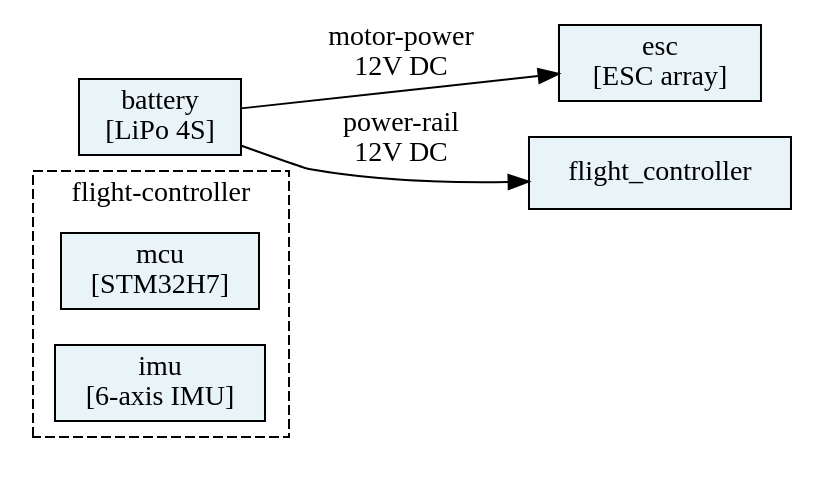
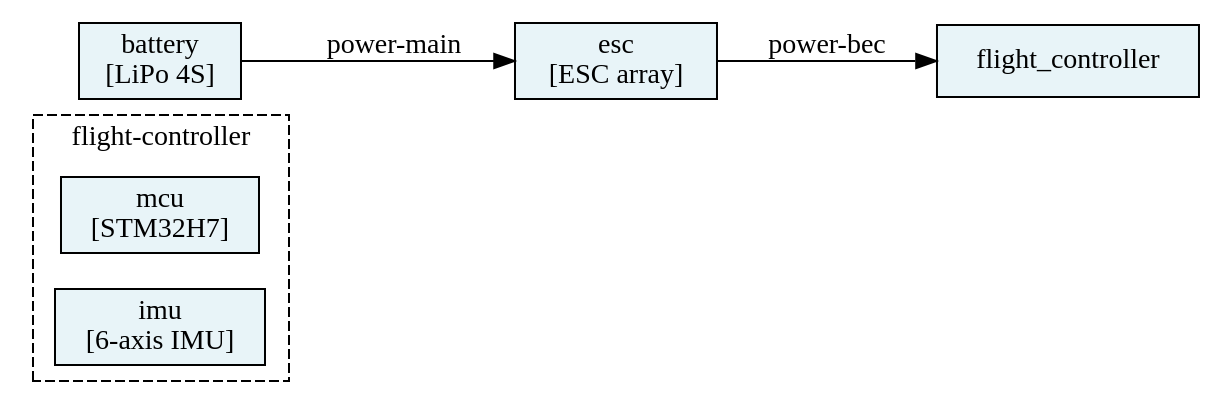
One commit to Wint3rmute/rhizz changed the diagram in SPEC.md. Above: the diagram before and after it, drawn with Graphviz. The commit also changed other lines of this file and 4 other files, not shown here.

````diff
--- a/SPEC.md
+++ b/SPEC.md
@@ -368,19 +399,19 @@
 ```dot
 digraph "power-distribution" {
     rankdir=LR;
     node [shape=box, style=filled, fillcolor="#e8f4f8"];
 
     subgraph cluster_flight_controller {
         label="flight-controller";
         style=dashed;
         mcu [label="mcu\n[STM32H7]"];
         imu [label="imu\n[6-axis IMU]"];
     }
 
     battery    [label="battery\n[LiPo 4S]"];
     esc        [label="esc\n[ESC array]"];
 
-    battery -> flight_controller [label="power-rail\n12V DC"];
-    battery -> esc               [label="motor-power\n12V DC"];
+    battery -> esc               [label="power-main"];
+    esc -> flight_controller     [label="power-bec"];
 }
 ```
````
